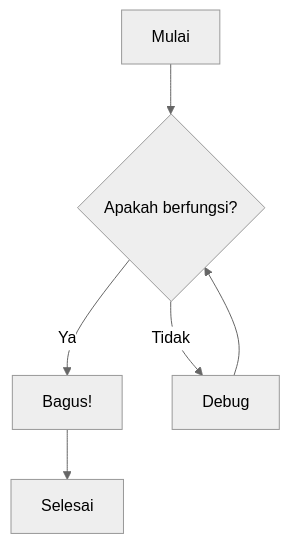
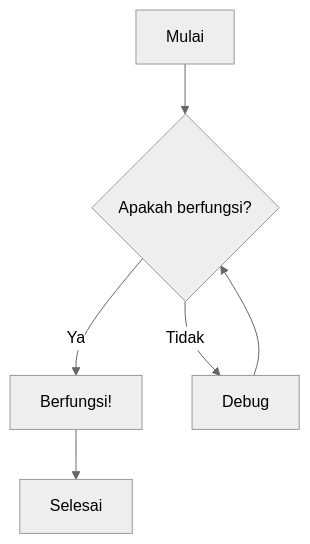
The first of 8 diagrams in flowcharts.mdx (alsyauqi/docs), drawn with Mermaid (neutral theme) before and after one commit. The commit also changed other lines of this file, not shown here.

````diff
--- a/flowcharts.mdx
+++ b/flowcharts.mdx
@@ -25,8 +26,8 @@
 ```mermaid
 flowchart TD
     A[Mulai] --> B{Apakah berfungsi?}
-    B -->|Ya| C[Bagus!]
+    B -->|Ya| C[Berfungsi!]
     B -->|Tidak| D[Debug]
     D --> B
     C --> E[Selesai]
 ```
````
